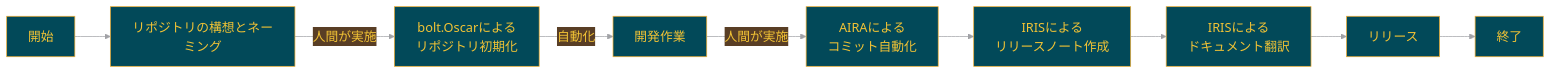
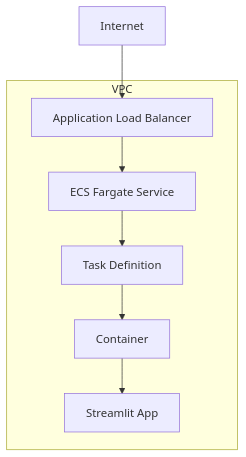
Before and after one commit to Sunwood-ai-labs/bolt.Oscar-aws: the diagram in README.md, drawn with Mermaid. The commit also changed other lines of this file, not shown here.

````diff
--- a/README.md
+++ b/README.md
@@ -199,20 +161,16 @@
 ```mermaid
-%%{init:{'theme':'base','themeVariables':{'primaryColor':'#024959','primaryTextColor':'#F2C335','primaryBorderColor':'#F2AE30','lineColor':'#A1A2A6','secondaryColor':'#593E25','tertiaryColor':'#F2C335','noteTextColor':'#024959','noteBkgColor':'#F2C335','textColor':'#024959','fontSize':'18px'}}}%%
-
-graph LR
-    A[開始] --> B[リポジトリの構想とネーミング]
-    B -->|人間が実施| C[bolt.Oscarによる<br>リポジトリ初期化]
-    C -->|自動化| D[開発作業]
-    D -->|人間が実施| E[AIRAによる<br>コミット自動化]
-    E --> H[IRISによる<br>リリースノート作成]
-    H --> I[IRISによる<br>ドキュメント翻訳]
-    I --> J[リリース]
-    J --> K[終了]
-
-    class B,D,G human;
-    class E aira;
-    class F,H,I iris;
-    class C auto;
-    class A,J,K process;
-
+graph TB
+    A[Internet] --> B[Application Load Balancer]
+    B --> C[ECS Fargate Service]
+    C --> D[Task Definition]
+    D --> E[Container]
+    E --> F[Streamlit App]
+    
+    subgraph VPC
+    B
+    C
+    D
+    E
+    F
+    end
 ```
````
